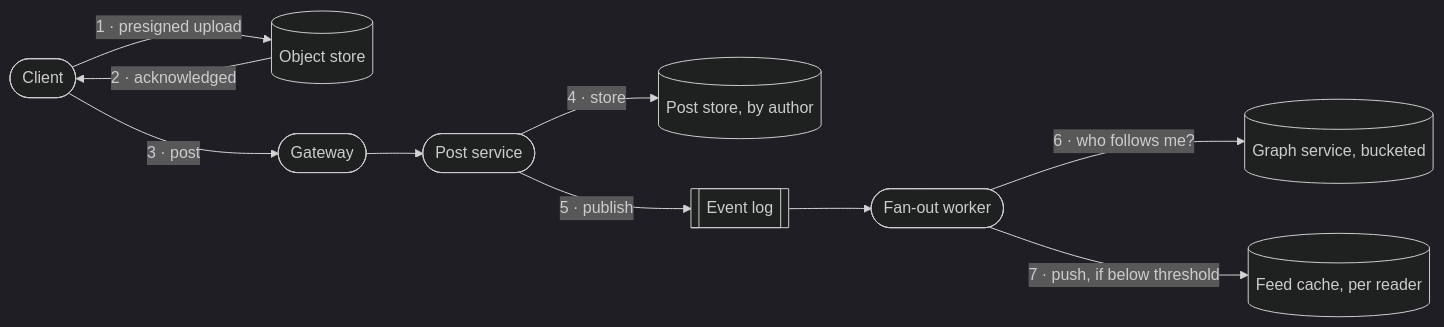
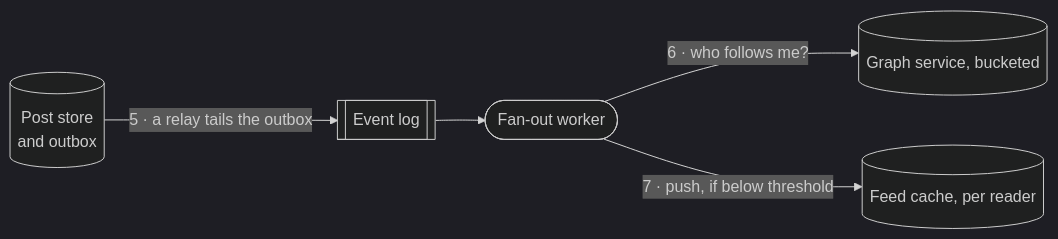
One commit to Laticent/lattice changed diagram 28 of 32 in examples/system-design-foundations.md. Above: the diagram before and after it, drawn with Mermaid (dark theme). The commit also changed other lines of this file and 2 other files, not shown here.

````diff
--- a/examples/system-design-foundations.md
+++ b/examples/system-design-foundations.md
@@ -2837,11 +2855,7 @@
 ```mermaid
 flowchart LR
-  C(["Client"]) -->|"1 · presigned upload"| OS[("Object store")]
-  OS -->|"2 · acknowledged"| C
-  C -->|"3 · post"| API(["Gateway"]) --> W(["Post service"])
-  W -->|"4 · store"| PDB[("Post store, by author")]
-  W -->|"5 · publish"| Q[["Event log"]]
+  PDB[("Post store<br/>and outbox")] -->|"5 · a relay tails the outbox"| Q[["Event log"]]
   Q --> FAN(["Fan-out worker"])
   FAN -->|"6 · who follows me?"| GS[("Graph service, bucketed")]
   FAN -->|"7 · push, if below threshold"| FC[("Feed cache, per reader")]
 ```
````
